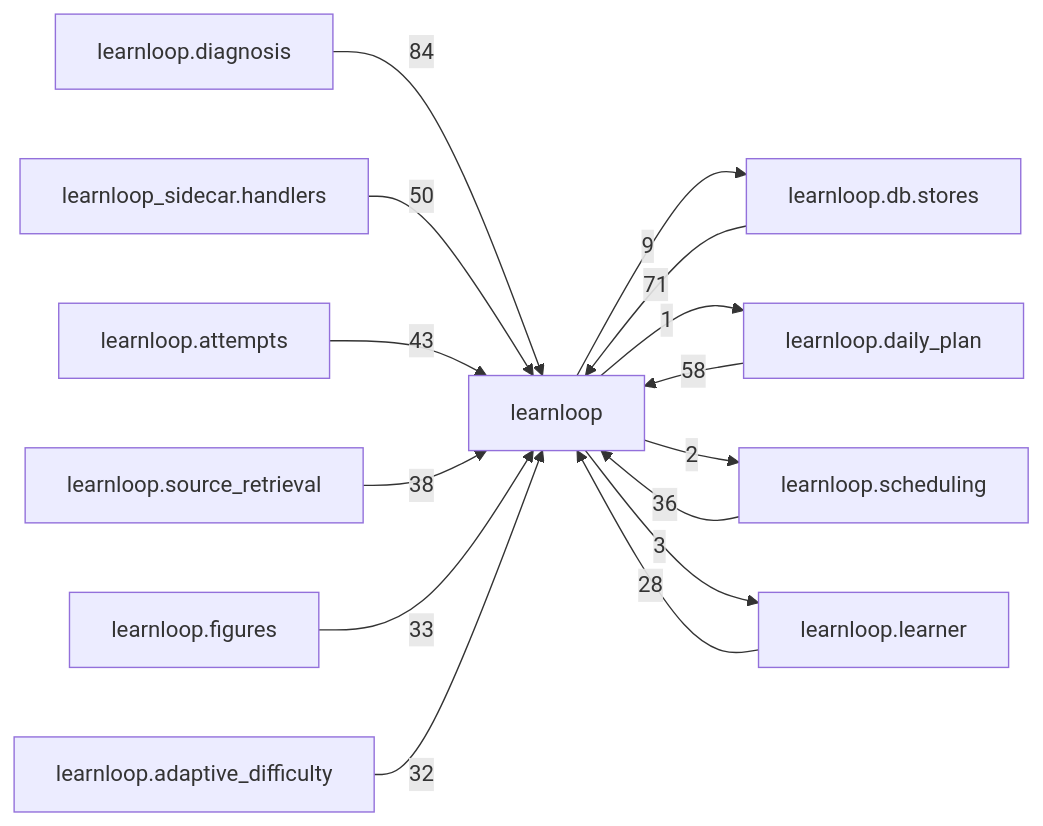
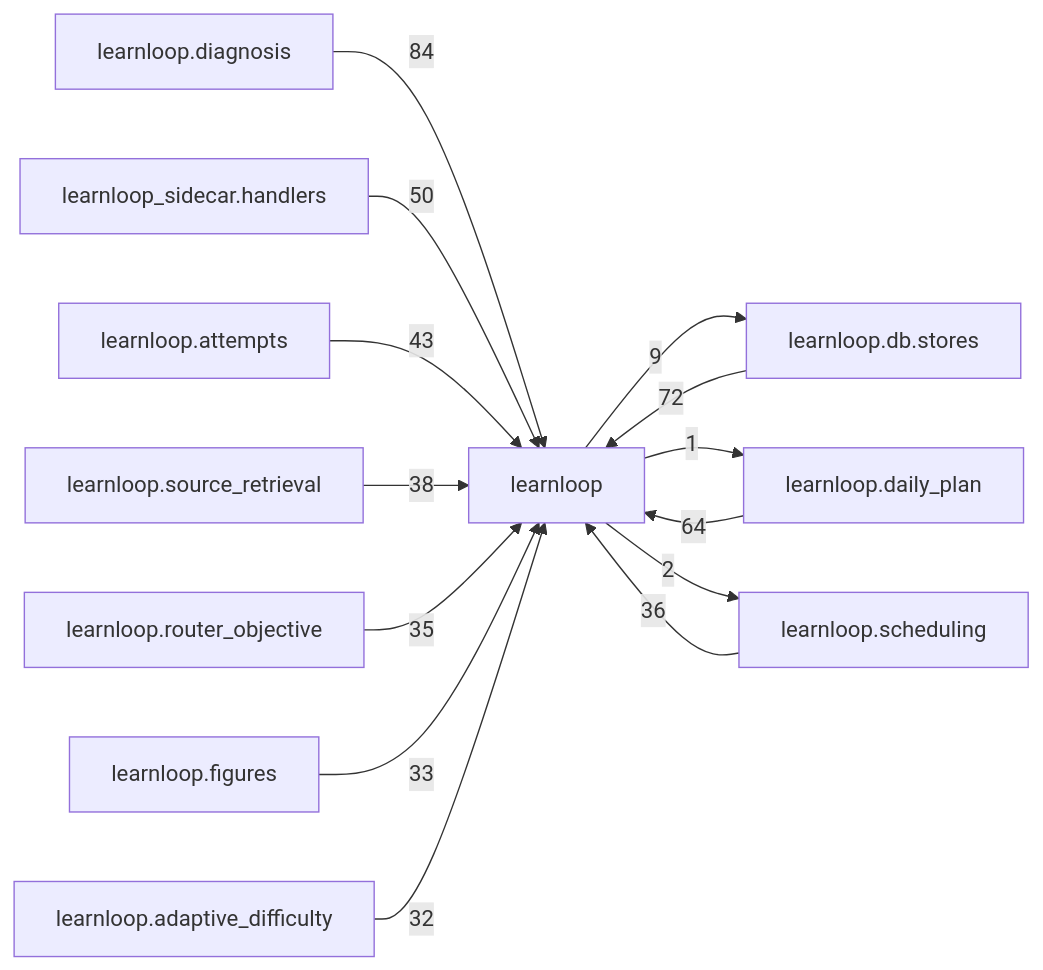
One commit to 6up-b/learnanything changed the diagram in docs/learnloop-architecture-vault/Reference/Modules/learnloop/_package.md. Above: the diagram before and after it, drawn with Mermaid. The commit also changed other lines of this file and 59 other files, not shown here.

````diff
--- a/docs/learnloop-architecture-vault/Reference/Modules/learnloop/_package.md
+++ b/docs/learnloop-architecture-vault/Reference/Modules/learnloop/_package.md
@@ -259,28 +261,27 @@
 ```mermaid
 flowchart LR
     center["learnloop"]
     n_learnloop_diagnosis["learnloop.diagnosis"]
     n_learnloop_db_stores["learnloop.db.stores"]
     n_learnloop_daily_plan["learnloop.daily_plan"]
     n_learnloop_sidecar_handlers["learnloop_sidecar.handlers"]
     n_learnloop_attempts["learnloop.attempts"]
     n_learnloop_scheduling["learnloop.scheduling"]
     n_learnloop_source_retrieval["learnloop.source_retrieval"]
+    n_learnloop_router_objective["learnloop.router_objective"]
     n_learnloop_figures["learnloop.figures"]
     n_learnloop_adaptive_difficulty["learnloop.adaptive_difficulty"]
-    n_learnloop_learner["learnloop.learner"]
     n_learnloop_diagnosis -->|84| center
-    n_learnloop_db_stores -->|71| center
+    n_learnloop_db_stores -->|72| center
     center -->|9| n_learnloop_db_stores
-    n_learnloop_daily_plan -->|58| center
+    n_learnloop_daily_plan -->|64| center
     center -->|1| n_learnloop_daily_plan
     n_learnloop_sidecar_handlers -->|50| center
     n_learnloop_attempts -->|43| center
     n_learnloop_scheduling -->|36| center
     center -->|2| n_learnloop_scheduling
     n_learnloop_source_retrieval -->|38| center
+    n_learnloop_router_objective -->|35| center
     n_learnloop_figures -->|33| center
     n_learnloop_adaptive_difficulty -->|32| center
-    n_learnloop_learner -->|28| center
-    center -->|3| n_learnloop_learner
 ```
````
